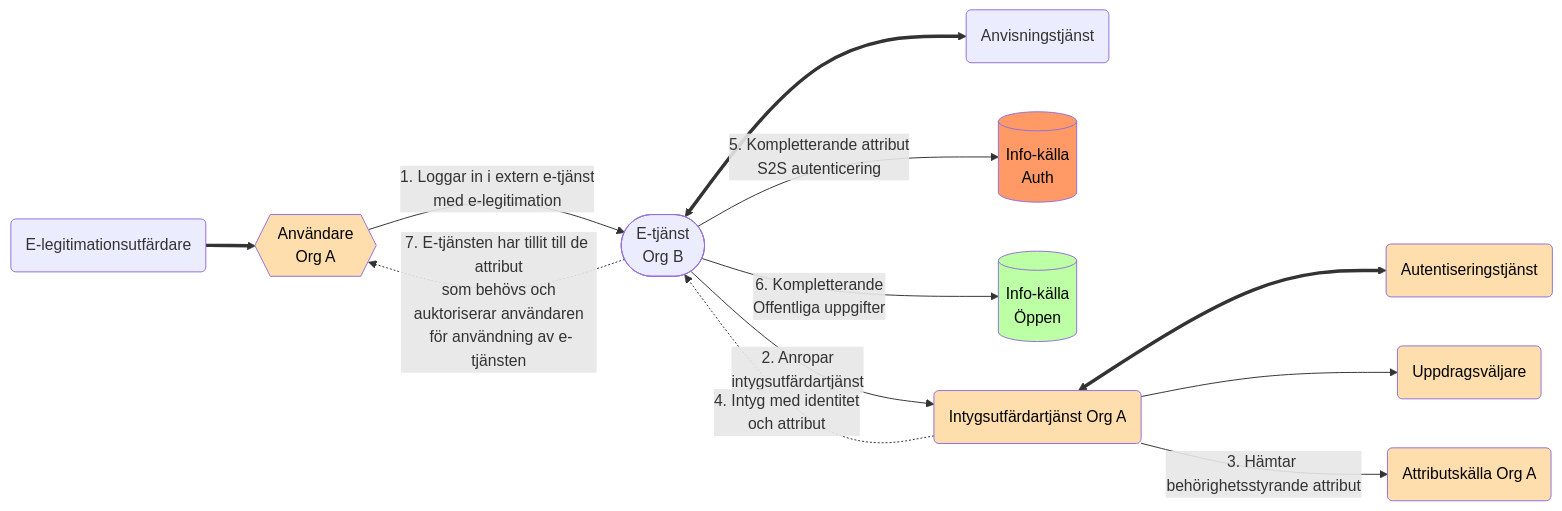
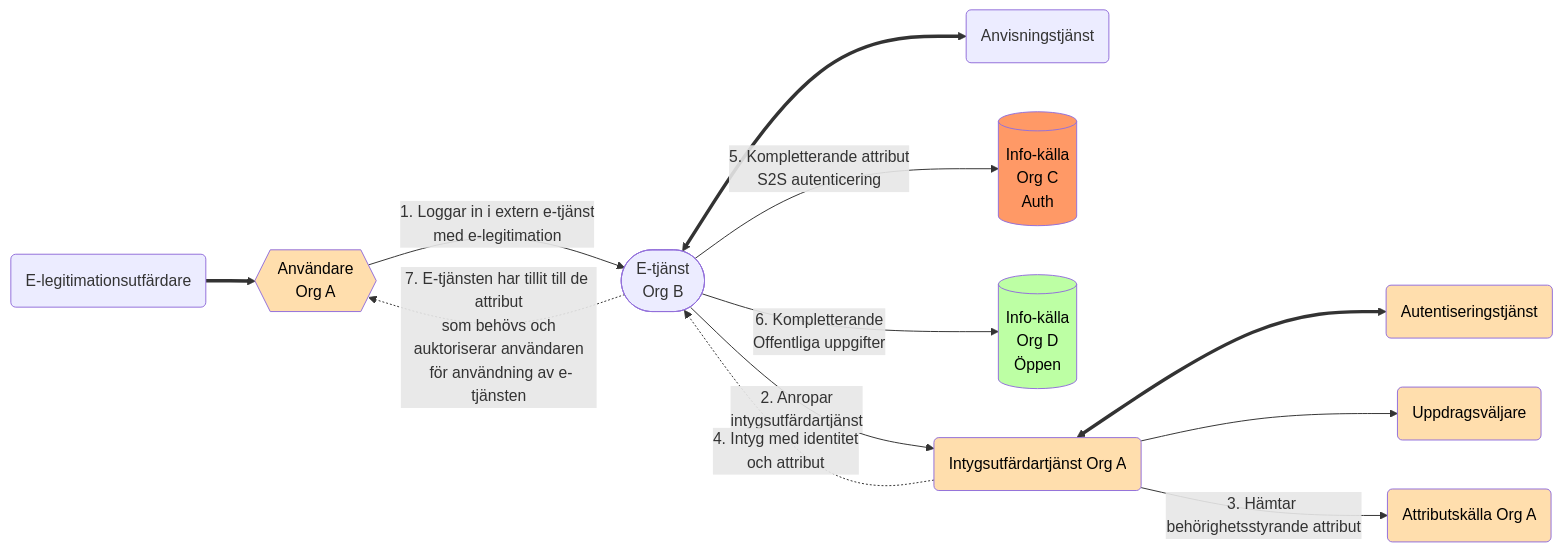
Before and after one commit to diggsweden/ena-authorization: the diagram in architecture/technical-federation-architecture.md, drawn with Mermaid. The commit also changed other lines of this file, not shown here.

````diff
--- a/architecture/technical-federation-architecture.md
+++ b/architecture/technical-federation-architecture.md
@@ -3,27 +3,27 @@
 ```mermaid
 flowchart LR
 classDef Amber color:#000000,fill:#FFDEAD
 classDef Green color:#000000,fill:#BDFFA4
 classDef orange color:#000000,fill:#f96
 A{{Användare<br>Org A}}:::Amber
 B([E-tjänst<br>Org B])
 C(Anvisningstjänst)
-D[(Info-källa<br>Auth)]:::orange
-E[(Info-källa<br>Öppen)]:::Green
+D[(Info-källa<br>Org C<br>Auth)]:::orange
+E[(Info-källa<br>Org D<br>Öppen)]:::Green
 F(Intygsutfärdartjänst Org A):::Amber
 G(Autentiseringstjänst):::Amber
 H(Uppdragsväljare):::Amber
 I(Attributskälla Org A):::Amber
 J(E-legitimationsutfärdare)
 J ==> A
 A -->|1. Loggar in i extern e-tjänst<br> med e-legitimation | B
 B <==> C
 B --> |2. Anropar<br>intygsutfärdartjänst| F
 F <==> G
 F --> H
 F --> |3. Hämtar behörighetsstyrande attribut| I
 F -.-> |4. Intyg med identitet<br>och attribut| B
 B -->|5. Kompletterande attribut<br>S2S autenticering| D
 B --> |6. Kompletterande<br>Offentliga uppgifter| E
 B-.->|7. E-tjänsten har tillit till de attribut<br> som behövs och auktoriserar användaren<br> för användning av e-tjänsten |A
 ```
````
